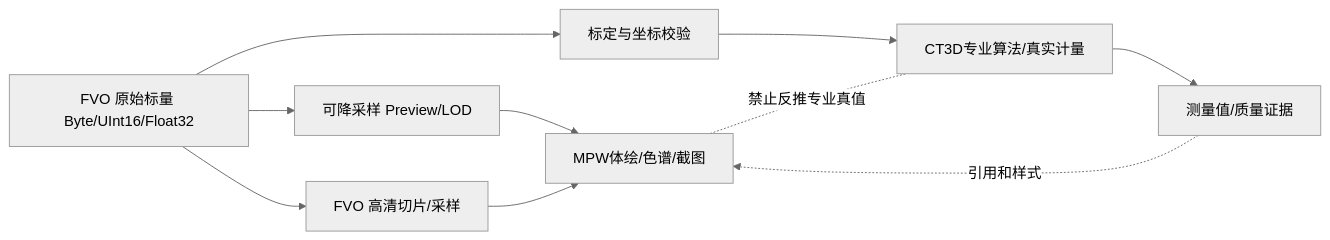
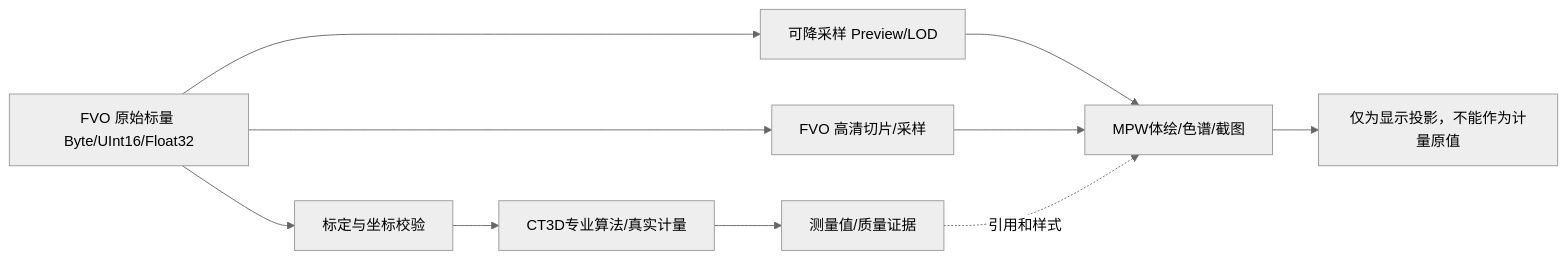
Before and after one commit to oudream/cx-visual-x3: the fifth of 21 diagrams in DOCS/Architecture/CxVisual_专业视觉体系#通用三维视觉工作台——整体架构与UML_V2.0.md, drawn with Mermaid (neutral theme). The commit also changed other lines of this file, not shown here.

Commit message:
校正三维架构图示方向与需求证据措辞

````diff
--- a/DOCS/Architecture/CxVisual_专业视觉体系#通用三维视觉工作台——整体架构与UML_V2.0.md
+++ b/DOCS/Architecture/CxVisual_专业视觉体系#通用三维视觉工作台——整体架构与UML_V2.0.md
@@ -286,12 +286,12 @@
 ```mermaid
 flowchart LR
   RAW["FVO 原始标量 Byte/UInt16/Float32"] --> MPR["FVO 高清切片/采样"]
   RAW --> CAL["标定与坐标校验"]
   CAL --> ALG["CT3D专业算法/真实计量"]
   RAW --> PRE["可降采样 Preview/LOD"]
   PRE --> GPU["MPW体绘/色谱/截图"]
   MPR --> GPU
   ALG --> RES["测量值/质量证据"]
   RES -. "引用和样式" .-> GPU
-  GPU -. "禁止反推专业真值" .- ALG
+  GPU --> NOTE["仅为显示投影，不能作为计量原值"]
 ```
````
